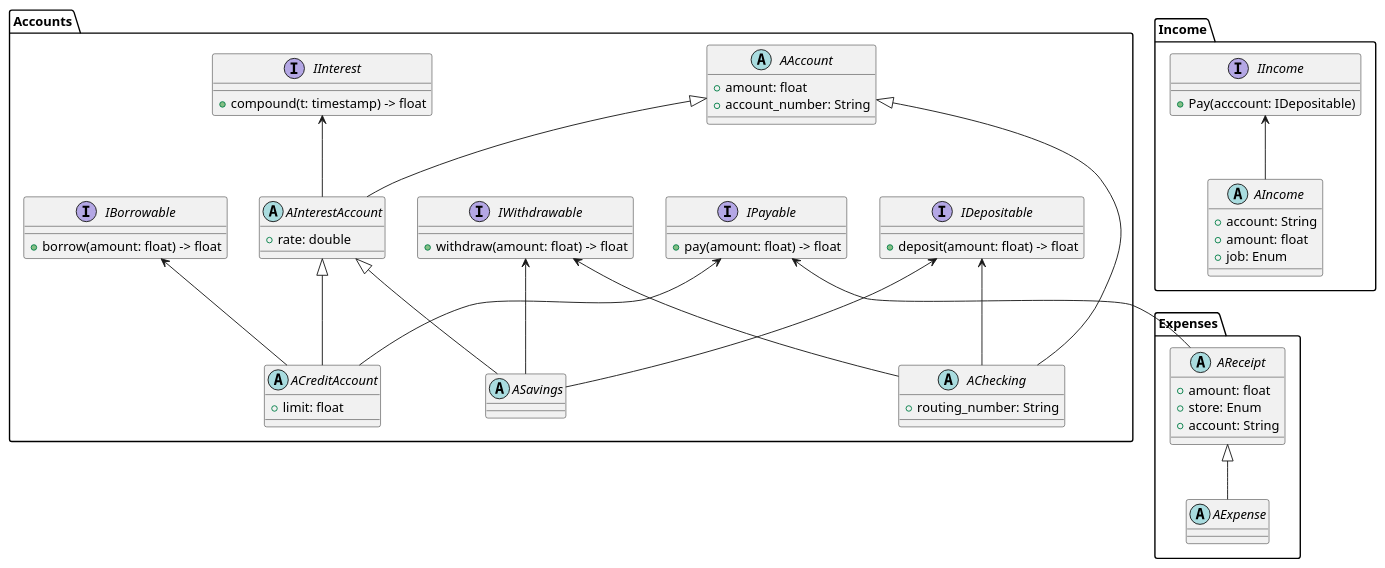
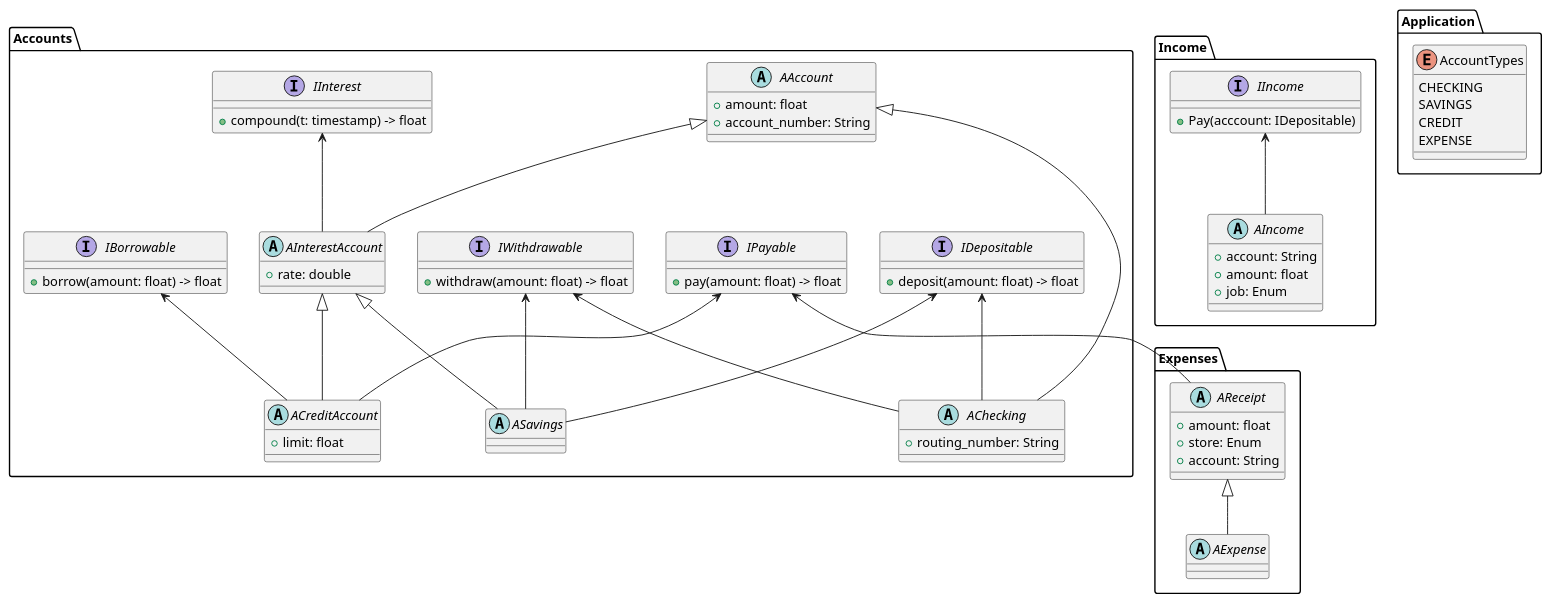
One commit to aaron-jencks/budget_LabVIEW changed the diagram in object_model.puml. Above: the diagram before and after it, drawn with PlantUML. The commit also changed 4 other files, not shown here.

```diff
--- a/object_model.puml
+++ b/object_model.puml
@@ -1,86 +1,95 @@
 @startuml
 package Accounts {
     interface IDepositable {
     + deposit(amount: float) -> float
     }
 
     interface IWithdrawable {
     + withdraw(amount: float) -> float
     }
 
     interface IPayable {
     + pay(amount: float) -> float
     }
 
     interface IBorrowable {
     + borrow(amount: float) -> float
     }
 
     abstract class AAccount {
     + amount: float
     + account_number: String
     }
 
     interface IInterest {
     + compound(t: timestamp) -> float
     }
 
     abstract class AInterestAccount {
     + rate: double
     }
 
     IInterest <-- AInterestAccount
     AAccount <|-- AInterestAccount
 
     abstract class ACreditAccount {
     + limit: float
     }
 
     IBorrowable <-- ACreditAccount
     IPayable <-- ACreditAccount
     AInterestAccount <|-- ACreditAccount
 
     abstract class ASavings {
     }
 
     IDepositable <-- ASavings
     IWithdrawable <-- ASavings
     AInterestAccount <|-- ASavings
 
     abstract class AChecking {
     + routing_number: String
     }
 
     IDepositable <-- AChecking
     IWithdrawable <-- AChecking
     AAccount <|-- AChecking
 }
 
 package Expenses {
     abstract class AReceipt {
     + amount: float
     + store: Enum
     + account: String
     }
     IPayable <-- AReceipt
 
     abstract class AExpense {
     }
 
     AReceipt <|-- AExpense
 }
 
 package Income {
     interface IIncome {
     + Pay(acccount: IDepositable)
     }
 
     abstract class AIncome {
     + account: String
     + amount: float
     + job: Enum
     }
 
     IIncome <-- AIncome
 }
+
+package Application {
+    enum AccountTypes {
+        CHECKING
+        SAVINGS
+        CREDIT
+        EXPENSE
+    }
+}
 @enduml
```
